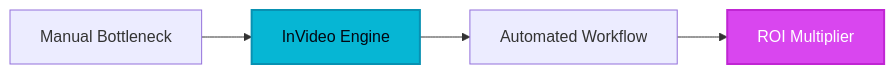
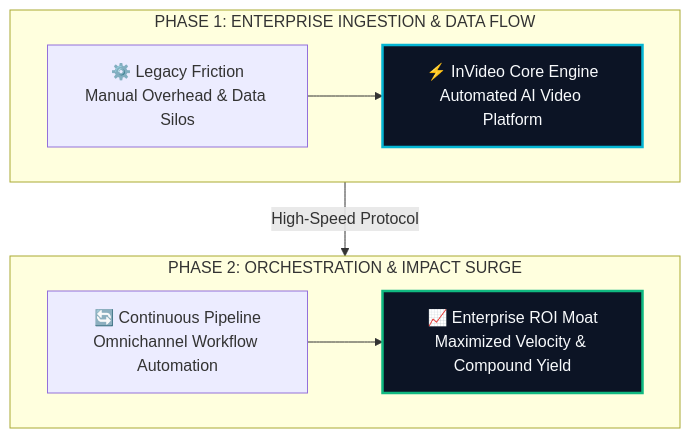
Before and after one commit to heliatech-media/saas-radar: the diagram in site/src/content/blog/invideo-evolution-guide-2026.md, drawn with Mermaid. The commit also changed 97 other files, not shown here.

First line of the commit message:
feat(diagrams): upgrade all article architecture schemas to high-impact 2-tier responsive vector blueprints

````diff
--- a/site/src/content/blog/invideo-evolution-guide-2026.md
+++ b/site/src/content/blog/invideo-evolution-guide-2026.md
@@ -54,8 +54,14 @@
 ```mermaid
-flowchart LR
-    A[Manual Bottleneck] --> B[InVideo Engine]
-    B --> C[Automated Workflow]
-    C --> D[ROI Multiplier]
-    style B fill:#06b6d4,stroke:#0891b2,stroke-width:2px,color:#030712
-    style D fill:#d946ef,stroke:#c026d3,stroke-width:2px,color:#ffffff
+flowchart TD
+    subgraph S1["PHASE 1: ENTERPRISE INGESTION & DATA FLOW"]
+        direction LR
+        A["⚙️ Legacy Friction<br/>Manual Overhead & Data Silos"] --> B["⚡ InVideo Core Engine<br/>Automated AI Video Platform"]
+    end
+    subgraph S2["PHASE 2: ORCHESTRATION & IMPACT SURGE"]
+        direction LR
+        C["🔄 Continuous Pipeline<br/>Omnichannel Workflow Automation"] --> D["📈 Enterprise ROI Moat<br/>Maximized Velocity & Compound Yield"]
+    end
+    S1 -->|High-Speed Protocol| S2
+    style B fill:#0c1425,stroke:#06b6d4,stroke-width:2.5px,color:#f8fafc
+    style D fill:#0c1425,stroke:#10b981,stroke-width:2.5px,color:#f8fafc
 ```
````
